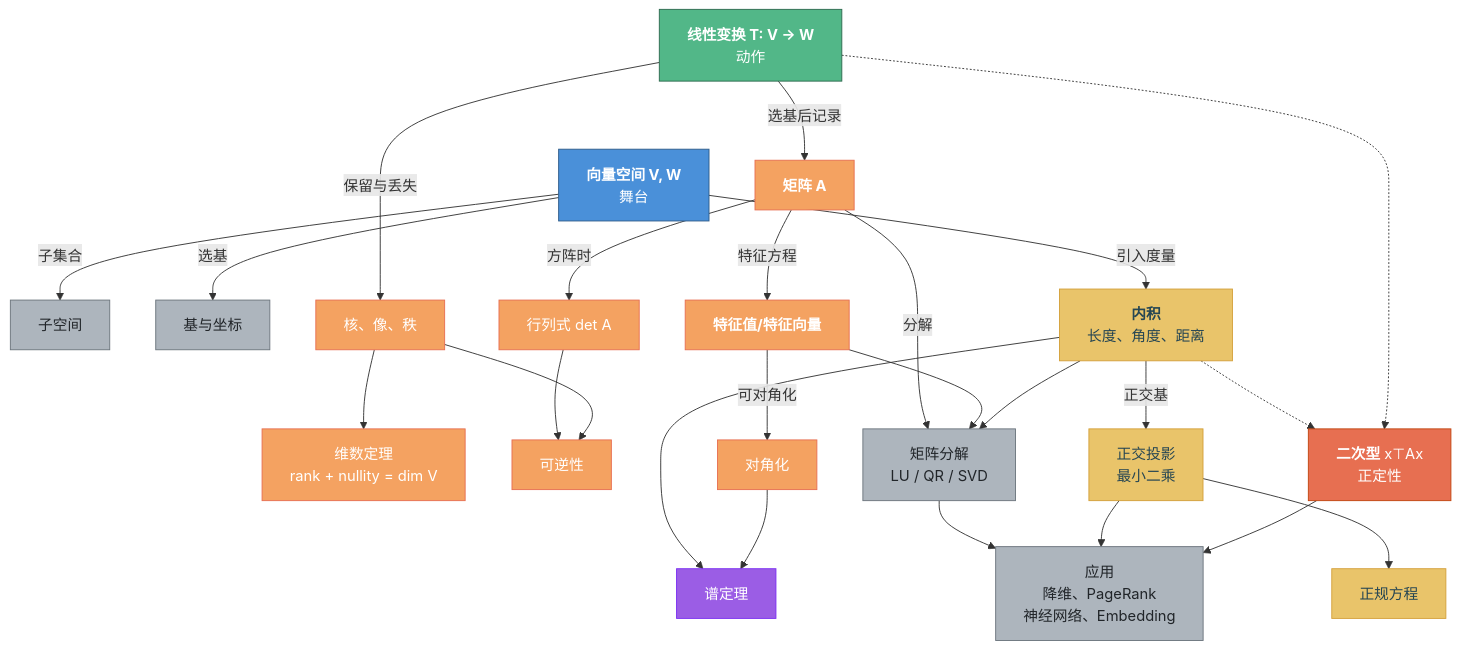
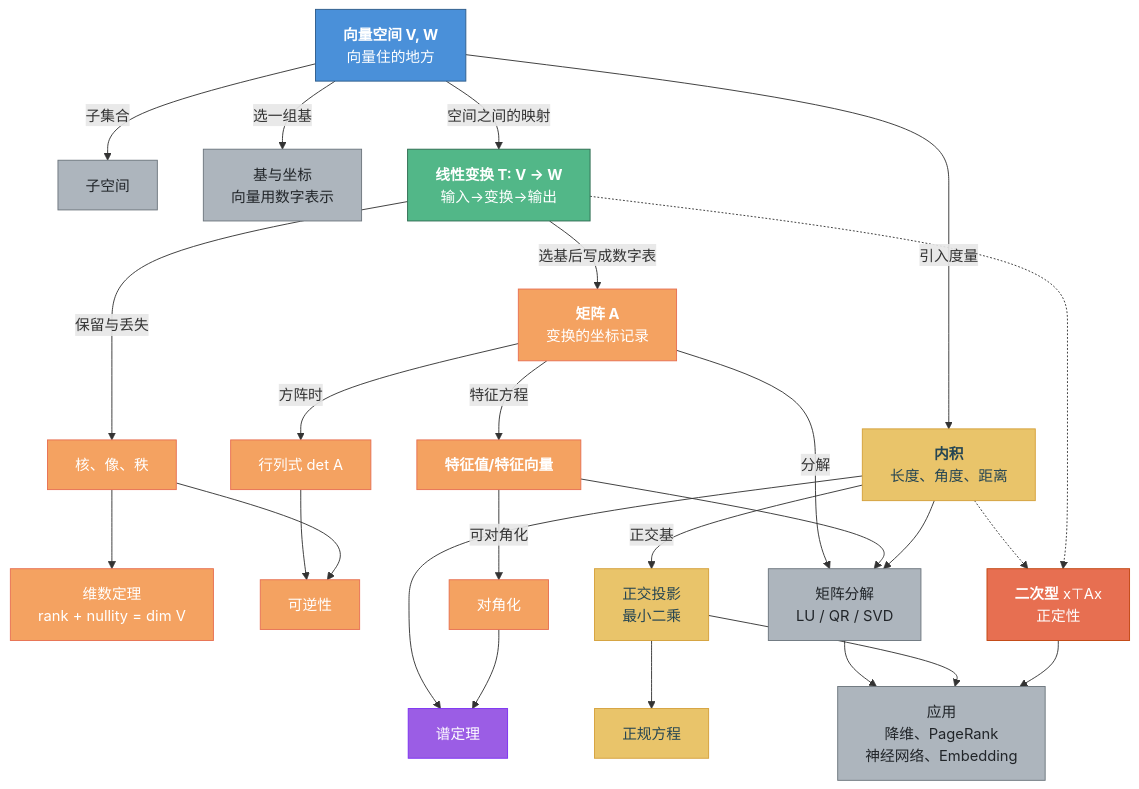
Before and after one commit to yang-fengju/linear-algebra-history-book: the second of 2 diagrams in book/ch19-全景.md, drawn with Mermaid. The commit also changed other lines of this file, not shown here.

First line of the commit message:
fix: ch19 换基段落补完整例子 + 概念网络图修复关系断裂

````diff
--- a/book/ch19-全景.md
+++ b/book/ch19-全景.md
@@ -309,48 +317,49 @@
 ```mermaid
 flowchart TD
-    VS["<b>向量空间 V, W</b><br/>舞台"] -->|子集合| Sub["子空间"]
-    VS -->|选基| Coord["基与坐标"]
+    VS["<b>向量空间 V, W</b><br/>向量住的地方"] -->|子集合| Sub["子空间"]
+    VS -->|选一组基| Coord["基与坐标<br/>向量用数字表示"]
     VS -->|引入度量| Inner["<b>内积</b><br/>长度、角度、距离"]
 
-    LT["<b>线性变换 T: V → W</b><br/>动作"] -->|选基后记录| Mat["<b>矩阵 A</b>"]
+    VS -->|空间之间的映射| LT["<b>线性变换 T: V → W</b><br/>输入→变换→输出"]
+    LT -->|选基后写成数字表| Mat["<b>矩阵 A</b><br/>变换的坐标记录"]
     LT -->|保留与丢失| KIR["核、像、秩"]
     KIR --> DimThm["维数定理<br/>rank + nullity = dim V"]
 
     Mat -->|方阵时| Det["行列式 det A"]
     Det --> Inv["可逆性"]
     KIR --> Inv
 
     Mat -->|特征方程| Eig["<b>特征值/特征向量</b>"]
     Eig -->|可对角化| Diag["对角化"]
     Inner --> Spectral["谱定理"]
     Diag --> Spectral
 
     Inner -->|正交基| Proj["正交投影<br/>最小二乘"]
     Proj --> Normal["正规方程"]
     Inner -.-> Quad["<b>二次型</b> x⊤Ax<br/>正定性"]
     LT -.-> Quad
 
     Mat -->|分解| Decomp["矩阵分解<br/>LU / QR / SVD"]
     Eig --> Decomp
     Inner --> Decomp
 
     Decomp --> App["应用<br/>降维、PageRank<br/>神经网络、Embedding"]
     Proj --> App
     Quad --> App
 
     classDef stage fill:#4A90D9,stroke:#2E5C8A,color:#fff
     classDef action fill:#52B788,stroke:#2D6A4F,color:#fff
     classDef tool fill:#F4A261,stroke:#E76F51,color:#fff
     classDef metric fill:#E9C46A,stroke:#D4A03A,color:#264653
     classDef spectral fill:#9B5DE5,stroke:#7B2FF2,color:#fff
     classDef junction fill:#E76F51,stroke:#C1440E,color:#fff
     classDef app fill:#ADB5BD,stroke:#6C757D,color:#212529
 
     class VS stage
     class LT action
     class Mat,Det,Inv,Eig,Diag,KIR,DimThm tool
     class Inner,Proj,Normal metric
     class Spectral spectral
     class Quad junction
     class Sub,Coord,Decomp,App app
 ```
````
